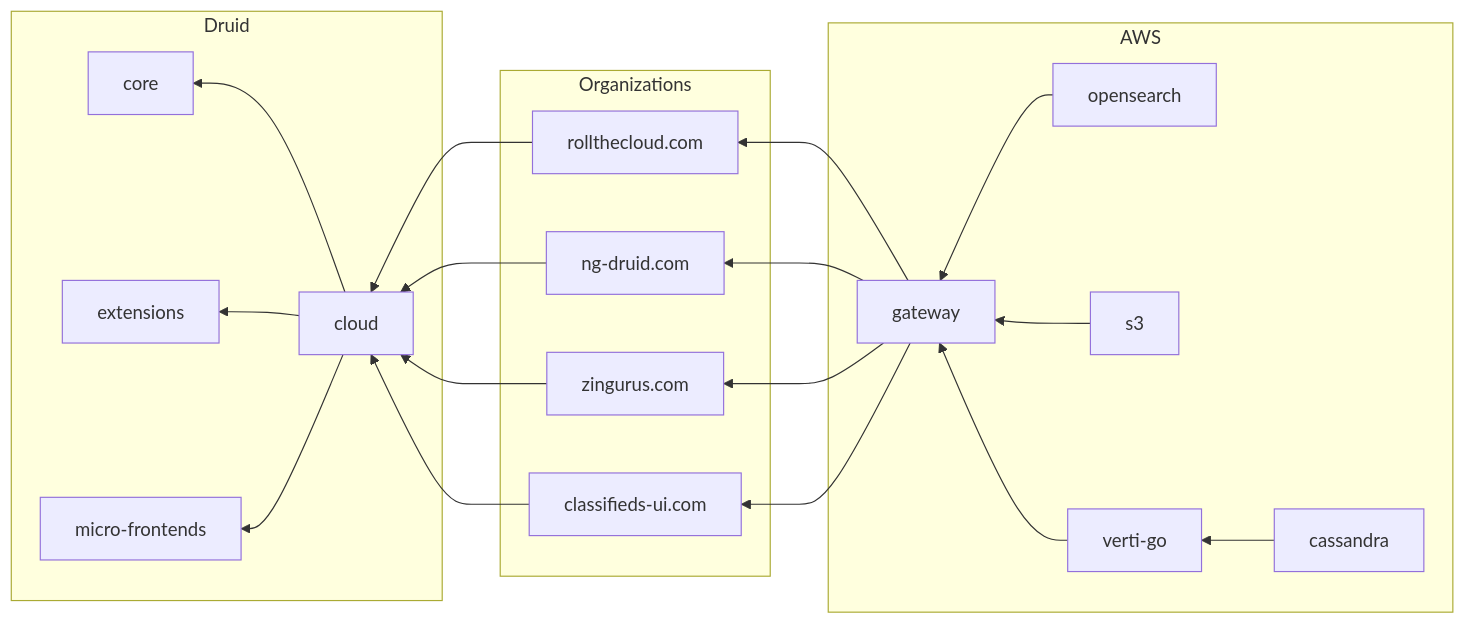
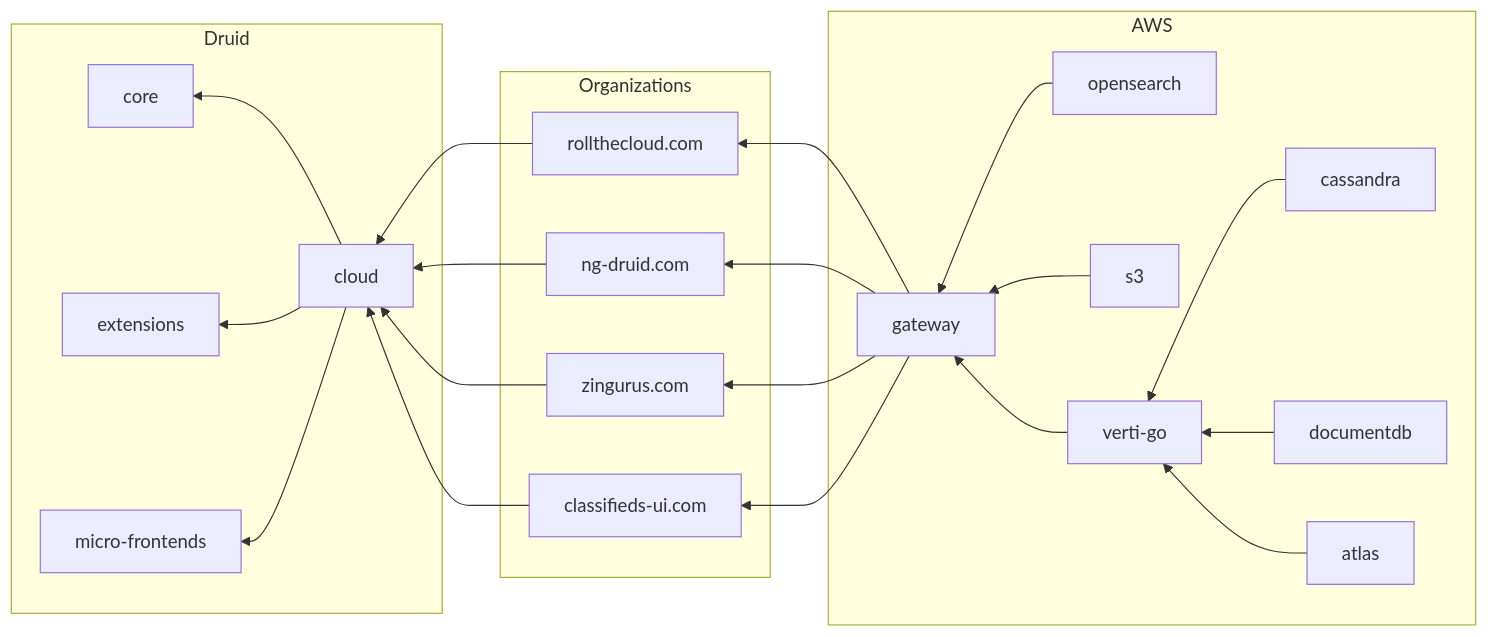
The diagram in architecture/ecosystem/README.md (rollthecloudinc/quell), drawn with Mermaid before and after one commit.

````diff
--- a/architecture/ecosystem/README.md
+++ b/architecture/ecosystem/README.md
@@ -5,27 +5,29 @@
 ```mermaid
 flowchart RL
 subgraph Druid
 core
 extensions
 micro-frontends
 cloud-->core
 cloud-->extensions
 cloud-->micro-frontends
 end
 subgraph Organizations
 dcloud[rollthecloud.com]-->cloud
 druid2[ng-druid.com]-->cloud
 zingurus[zingurus.com]-->cloud
 classifieds-ui[classifieds-ui.com]-->cloud
 end
 subgraph AWS
 gateway-->dcloud
 gateway-->druid2
 gateway-->zingurus
 gateway-->classifieds-ui
 opensearch-->gateway
 s3-->gateway
 verti-go-->gateway
 cassandra-->verti-go
+documentdb-->verti-go
+atlas-->verti-go
 end
 ```
````
